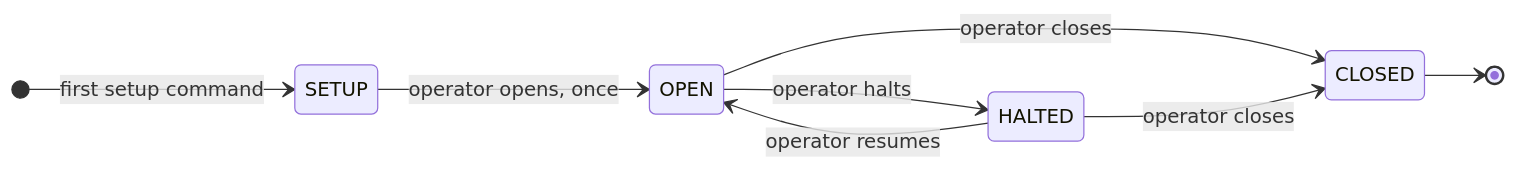
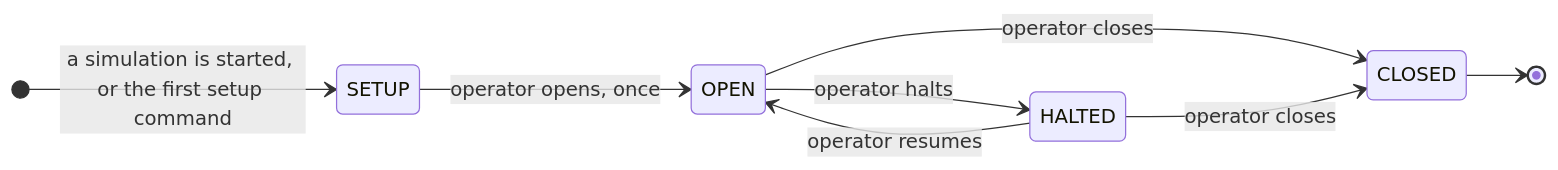
The sixth of 9 diagrams in docs/architecture.md (Princz-Mia/mini-stock-exchange), drawn with Mermaid before and after one commit. The commit also changed other lines of this file and 2 other files, not shown here.

First line of the commit message:
docs: describe starting a new simulation

````diff
--- a/docs/architecture.md
+++ b/docs/architecture.md
@@ -135,11 +135,11 @@
 ```mermaid
 stateDiagram-v2
   direction LR
-  [*] --> SETUP: first setup command
+  [*] --> SETUP: a simulation is started, or the first setup command
   SETUP --> OPEN: operator opens, once
   OPEN --> HALTED: operator halts
   HALTED --> OPEN: operator resumes
   OPEN --> CLOSED: operator closes
   HALTED --> CLOSED: operator closes
   CLOSED --> [*]
 ```
````
